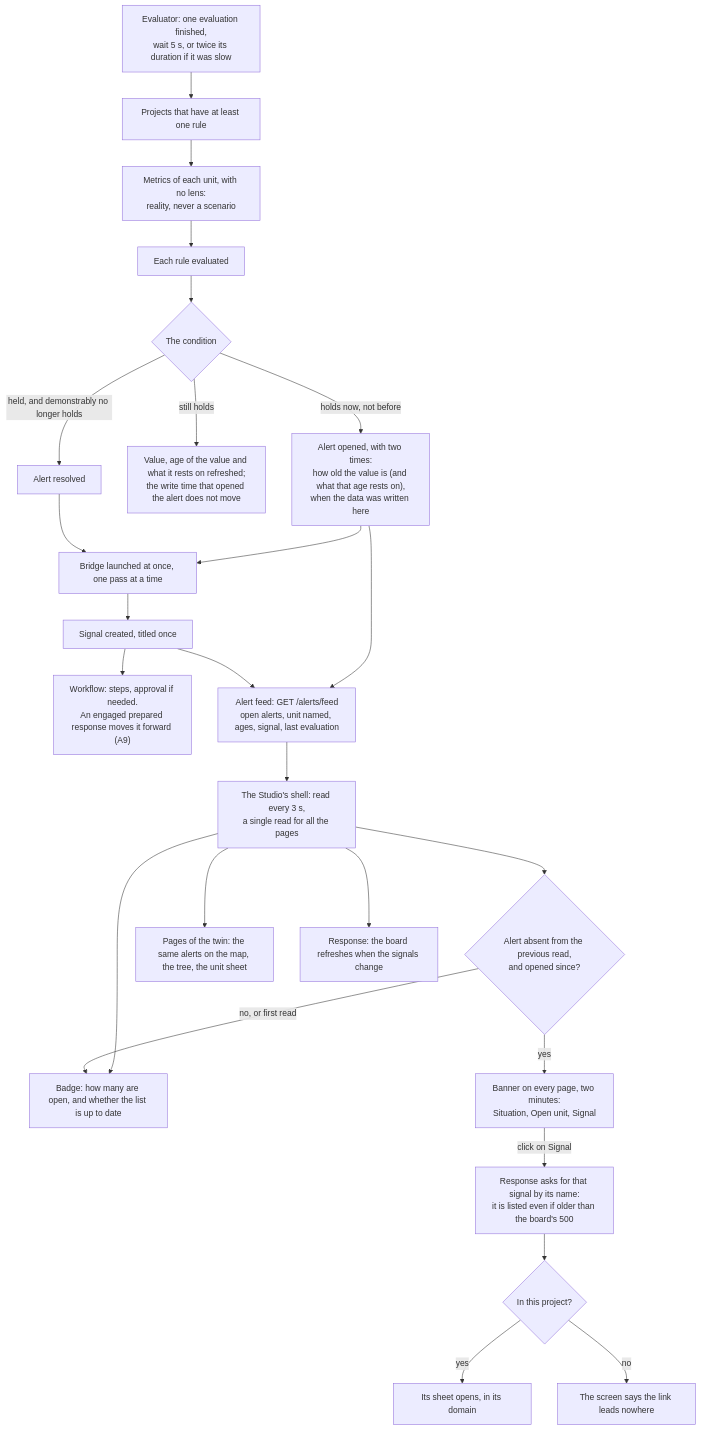
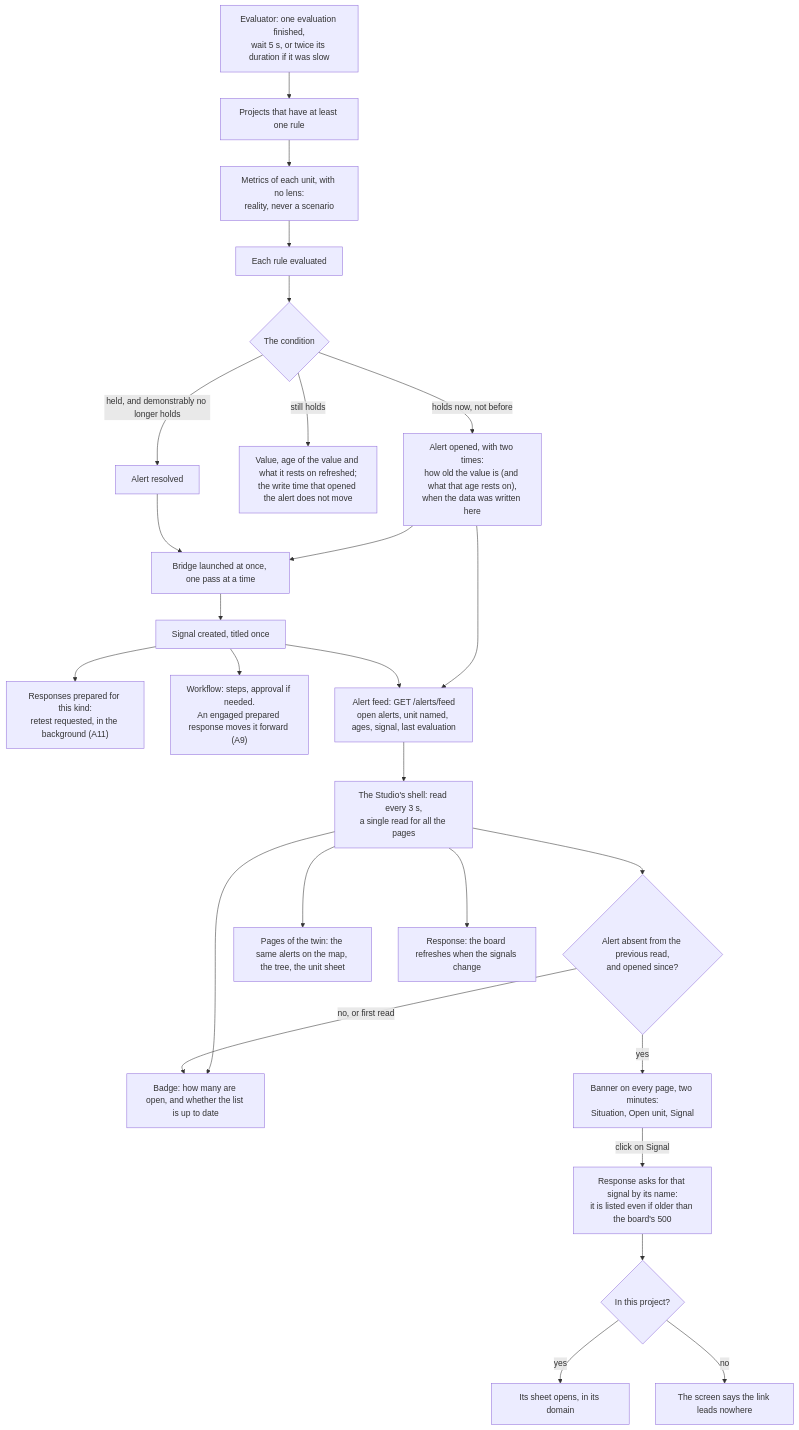
One commit to V1ktor7/obscyro changed diagram 29 of 33 in frontend/content/docs/product/algorithms.md. Above: the diagram before and after it, drawn with Mermaid. The commit also changed other lines of this file and 28 other files, not shown here.

````diff
--- a/frontend/content/docs/product/algorithms.md
+++ b/frontend/content/docs/product/algorithms.md
@@ -844,27 +906,28 @@
 ```mermaid
 flowchart TD
     A["Evaluator: one evaluation finished,<br/>wait 5 s, or twice its duration if it was slow"] --> B["Projects that have at least one rule"]
     B --> C["Metrics of each unit, with no lens:<br/>reality, never a scenario"]
     C --> D["Each rule evaluated"]
     D --> E{"The condition"}
     E -->|"holds now, not before"| F["Alert opened, with two times:<br/>how old the value is (and what that age rests on),<br/>when the data was written here"]
     E -->|"still holds"| F2["Value, age of the value and what it rests on refreshed;<br/>the write time that opened the alert does not move"]
     E -->|"held, and demonstrably no longer holds"| G["Alert resolved"]
     F --> H["Bridge launched at once, one pass at a time"]
     G --> H
     H --> I["Signal created, titled once"]
+    I --> I2["Responses prepared for this kind:<br/>retest requested, in the background (A11)"]
     I --> J["Workflow: steps, approval if needed.<br/>An engaged prepared response moves it forward (A9)"]
     F --> K["Alert feed: GET /alerts/feed<br/>open alerts, unit named, ages, signal, last evaluation"]
     I --> K
     K --> L["The Studio's shell: read every 3 s,<br/>a single read for all the pages"]
     L --> M["Badge: how many are open, and whether the list is up to date"]
     L --> N{"Alert absent from the previous read,<br/>and opened since?"}
     N -->|"yes"| O["Banner on every page, two minutes:<br/>Situation, Open unit, Signal"]
     N -->|"no, or first read"| M
     L --> P["Pages of the twin: the same alerts on the map, the tree, the unit sheet"]
     L --> Q["Response: the board refreshes when the signals change"]
     O -->|"click on Signal"| R["Response asks for that signal by its name:<br/>it is listed even if older than the board's 500"]
     R --> S{"In this project?"}
     S -->|"yes"| T["Its sheet opens, in its domain"]
     S -->|"no"| U["The screen says the link leads nowhere"]
 ```
````
